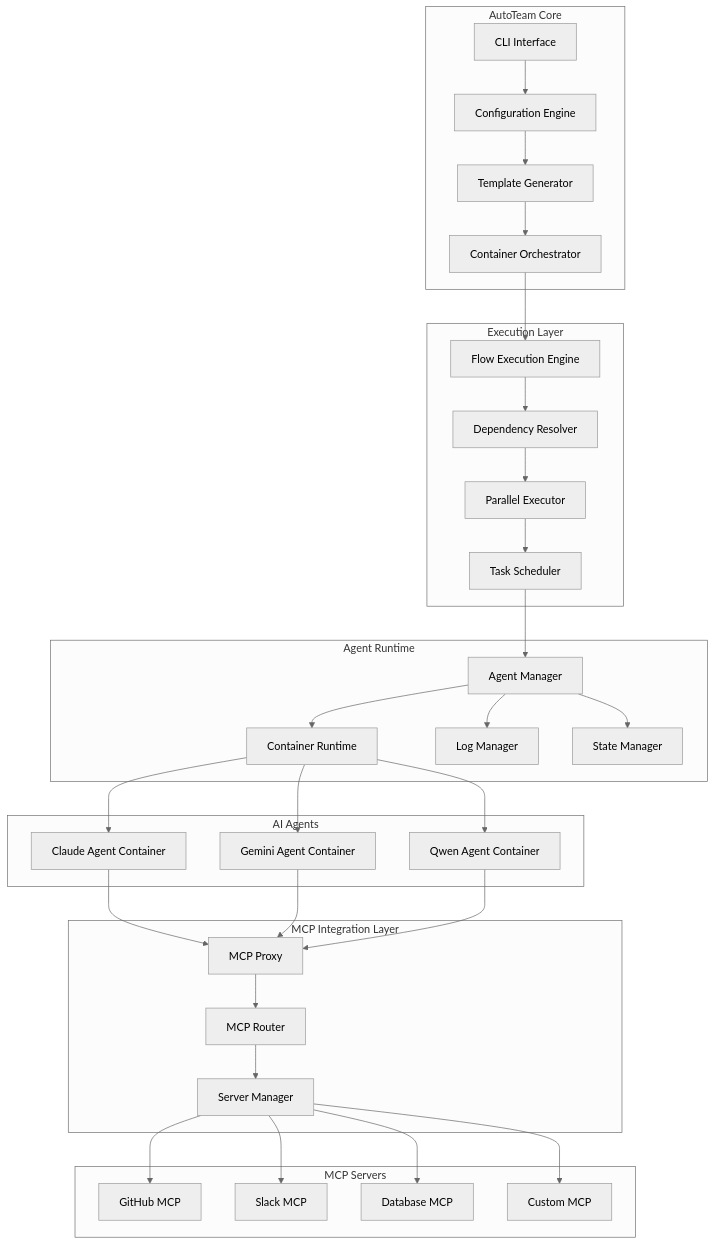
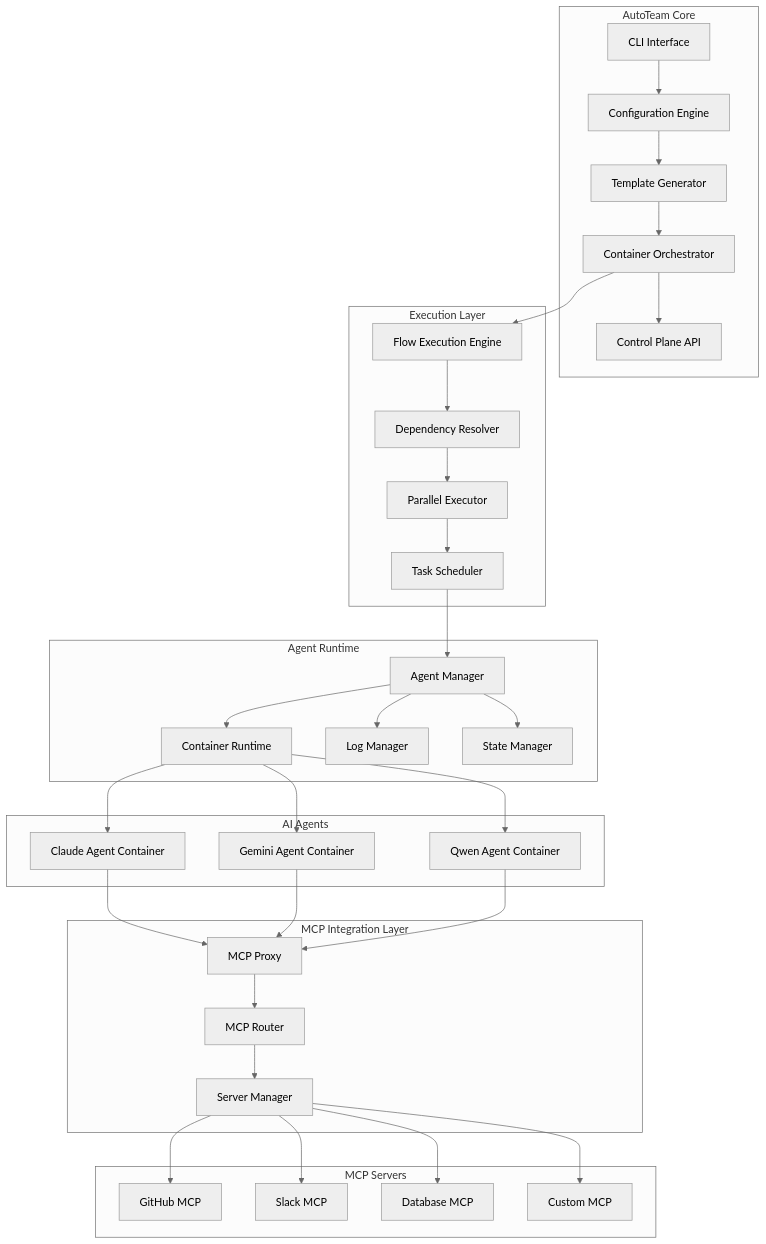
One commit to diazoxide/autoteam changed the first of 4 diagrams in docs/architecture.md. Above: the diagram before and after it, drawn with Mermaid (neutral theme). The commit also changed 2 other files, not shown here.

Commit message:
docs: add control plane documentation
- Add control plane API feature to README.md
- Create dedicated docs/control-plane.md
- Update architecture diagram with control plane
- Keep documentation clean and concise

````diff
--- a/docs/architecture.md
+++ b/docs/architecture.md
@@ -9,71 +9,73 @@
 ```mermaid
 graph TB
     subgraph "AutoTeam Core"
         CLI[CLI Interface]
         Config[Configuration Engine]
         Generator[Template Generator]
         Orchestrator[Container Orchestrator]
+        ControlPlane[Control Plane API]
     end
     
     subgraph "Execution Layer"
         FlowEngine[Flow Execution Engine]
         DependencyResolver[Dependency Resolver]
         ParallelExecutor[Parallel Executor]
         TaskScheduler[Task Scheduler]
     end
     
     subgraph "Agent Runtime"
         AgentManager[Agent Manager]
         ContainerRuntime[Container Runtime]
         LogManager[Log Manager]
         StateManager[State Manager]
     end
     
     subgraph "AI Agents"
         ClaudeContainer[Claude Agent Container]
         GeminiContainer[Gemini Agent Container]
         QwenContainer[Qwen Agent Container]
     end
     
     subgraph "MCP Integration Layer"
         MCPProxy[MCP Proxy]
         MCPRouter[MCP Router]
         ServerManager[Server Manager]
     end
     
     subgraph "MCP Servers"
         GitHubMCP[GitHub MCP]
         SlackMCP[Slack MCP]
         DatabaseMCP[Database MCP]
         CustomMCP[Custom MCP]
     end
     
     CLI --> Config
     Config --> Generator
     Generator --> Orchestrator
     Orchestrator --> FlowEngine
+    Orchestrator --> ControlPlane
     
     FlowEngine --> DependencyResolver
     DependencyResolver --> ParallelExecutor
     ParallelExecutor --> TaskScheduler
     TaskScheduler --> AgentManager
     
     AgentManager --> ContainerRuntime
     ContainerRuntime --> ClaudeContainer
     ContainerRuntime --> GeminiContainer  
     ContainerRuntime --> QwenContainer
     
     AgentManager --> LogManager
     AgentManager --> StateManager
     
     ClaudeContainer --> MCPProxy
     GeminiContainer --> MCPProxy
     QwenContainer --> MCPProxy
     
     MCPProxy --> MCPRouter
     MCPRouter --> ServerManager
     ServerManager --> GitHubMCP
     ServerManager --> SlackMCP
     ServerManager --> DatabaseMCP
     ServerManager --> CustomMCP
 ```
````
